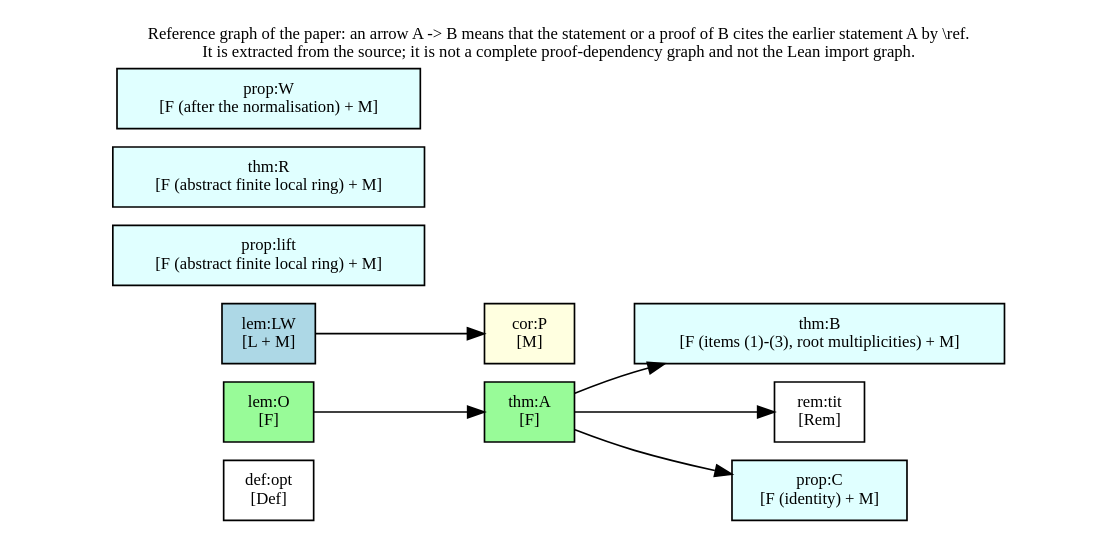
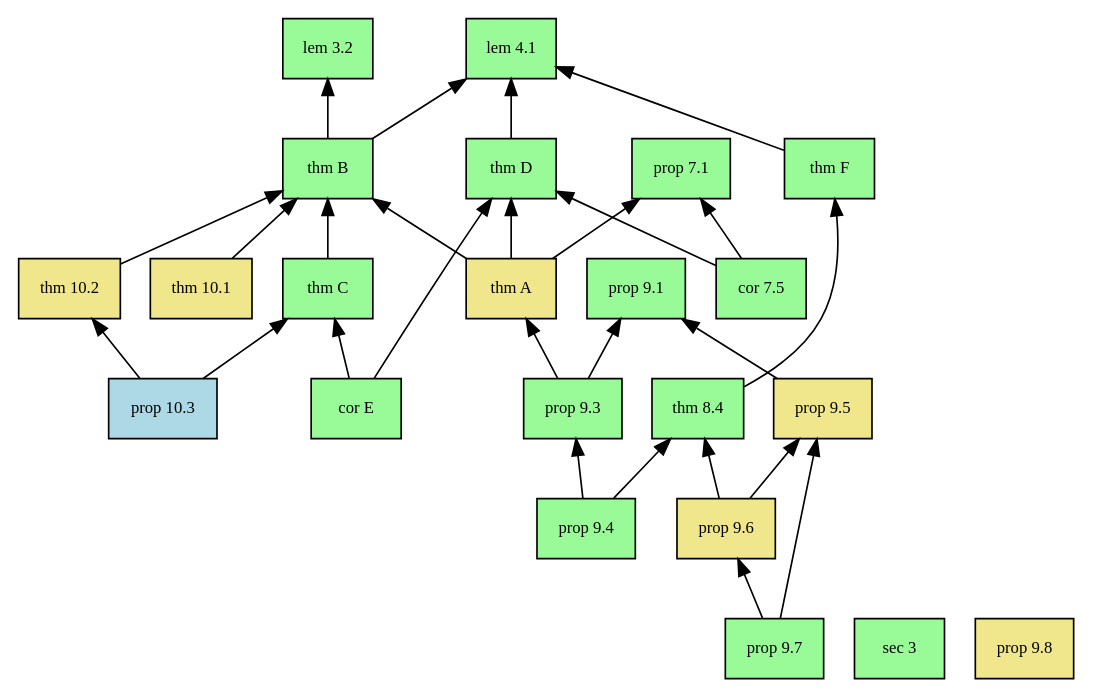
One commit to hirokifukui/residue-apn changed the diagram in blueprint/dep_graph.dot. Above: the diagram before and after it, drawn with Graphviz. The commit also changed 1604 other files, not shown here.

First line of the commit message:
residue-apn v2.0.0: coefficient choice in Galois-ring lifts of APN permutations — paper, Lean 4 formalization, blueprint, finite computations

```diff
--- a/blueprint/dep_graph.dot
+++ b/blueprint/dep_graph.dot
@@ -1,21 +1,51 @@
-digraph blueprint {
-  graph [rankdir=LR, ranksep=0.5, nodesep=0.15, fontsize=10, labelloc=t,
-         label="Reference graph of the paper: an arrow A -> B means that the statement or a proof of B cites the earlier statement A by \\ref.\nIt is extracted from the source; it is not a complete proof-dependency graph and not the Lean import graph."];
-  node [shape=box, style=filled, fontsize=10];
-  "def:opt" [fillcolor=white, label="def:opt\n[Def]"];
-  "lem:O" [fillcolor=palegreen, label="lem:O\n[F]"];
-  "thm:A" [fillcolor=palegreen, label="thm:A\n[F]"];
-  "lem:LW" [fillcolor=lightblue, label="lem:LW\n[L + M]"];
-  "cor:P" [fillcolor=lightyellow, label="cor:P\n[M]"];
-  "thm:B" [fillcolor=lightcyan, label="thm:B\n[F (items (1)-(3), root multiplicities) + M]"];
-  "rem:tit" [fillcolor=white, label="rem:tit\n[Rem]"];
-  "prop:C" [fillcolor=lightcyan, label="prop:C\n[F (identity) + M]"];
-  "prop:lift" [fillcolor=lightcyan, label="prop:lift\n[F (abstract finite local ring) + M]"];
-  "thm:R" [fillcolor=lightcyan, label="thm:R\n[F (abstract finite local ring) + M]"];
-  "prop:W" [fillcolor=lightcyan, label="prop:W\n[F (after the normalisation) + M]"];
-  "lem:O" -> "thm:A";
-  "lem:LW" -> "cor:P";
-  "thm:A" -> "thm:B";
-  "thm:A" -> "rem:tit";
-  "thm:A" -> "prop:C";
+digraph items {
+ rankdir=BT; node [shape=box, fontsize=10];
+ "found" [label="lem 4.1", style=filled, fillcolor=palegreen];
+ "hyp" [label="lem 3.2", style=filled, fillcolor=palegreen];
+ "gr" [label="sec 3", style=filled, fillcolor=palegreen];
+ "thmB" [label="thm B", style=filled, fillcolor=palegreen];
+ "thmB" -> "found";
+ "thmB" -> "hyp";
+ "thmC" [label="thm C", style=filled, fillcolor=palegreen];
+ "thmC" -> "thmB";
+ "thmD" [label="thm D", style=filled, fillcolor=palegreen];
+ "thmD" -> "found";
+ "corE" [label="cor E", style=filled, fillcolor=palegreen];
+ "corE" -> "thmC";
+ "corE" -> "thmD";
+ "thmF" [label="thm F", style=filled, fillcolor=palegreen];
+ "thmF" -> "found";
+ "inter" [label="thm 8.4", style=filled, fillcolor=palegreen];
+ "inter" -> "thmF";
+ "resapn" [label="prop 7.1", style=filled, fillcolor=palegreen];
+ "thmA" [label="thm A", style=filled, fillcolor=khaki];
+ "thmA" -> "thmB";
+ "thmA" -> "thmD";
+ "thmA" -> "resapn";
+ "natural" [label="cor 7.5", style=filled, fillcolor=palegreen];
+ "natural" -> "thmD";
+ "natural" -> "resapn";
+ "val" [label="prop 9.1", style=filled, fillcolor=palegreen];
+ "markov" [label="prop 9.3", style=filled, fillcolor=palegreen];
+ "markov" -> "val";
+ "markov" -> "thmA";
+ "layerchar" [label="prop 9.4", style=filled, fillcolor=palegreen];
+ "layerchar" -> "markov";
+ "layerchar" -> "inter";
+ "hull" [label="prop 9.5", style=filled, fillcolor=khaki];
+ "hull" -> "val";
+ "hullunit" [label="prop 9.6", style=filled, fillcolor=khaki];
+ "hullunit" -> "hull";
+ "hullunit" -> "inter";
+ "fixedkey" [label="prop 9.7", style=filled, fillcolor=palegreen];
+ "fixedkey" -> "hull";
+ "fixedkey" -> "hullunit";
+ "congpart" [label="prop 9.8", style=filled, fillcolor=khaki];
+ "repfamily" [label="thm 10.1", style=filled, fillcolor=khaki];
+ "repfamily" -> "thmB";
+ "sparse" [label="thm 10.2", style=filled, fillcolor=khaki];
+ "sparse" -> "thmB";
+ "lowcost" [label="prop 10.3", style=filled, fillcolor=lightblue];
+ "lowcost" -> "thmC";
+ "lowcost" -> "sparse";
 }
```
